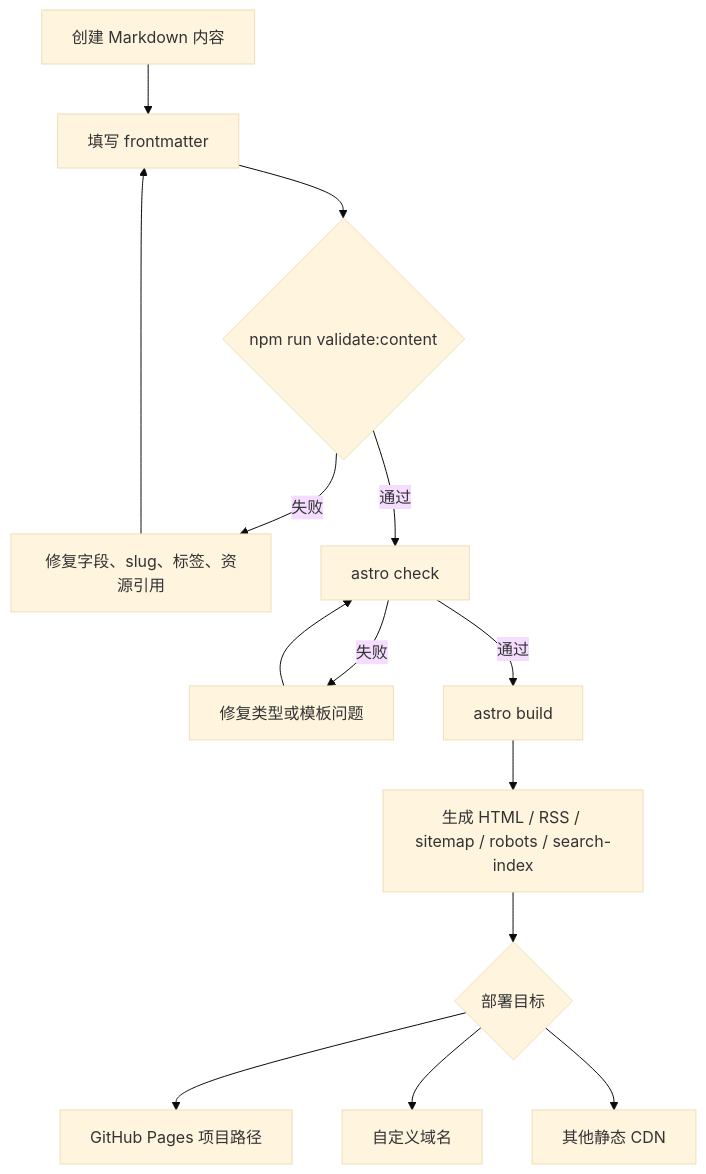
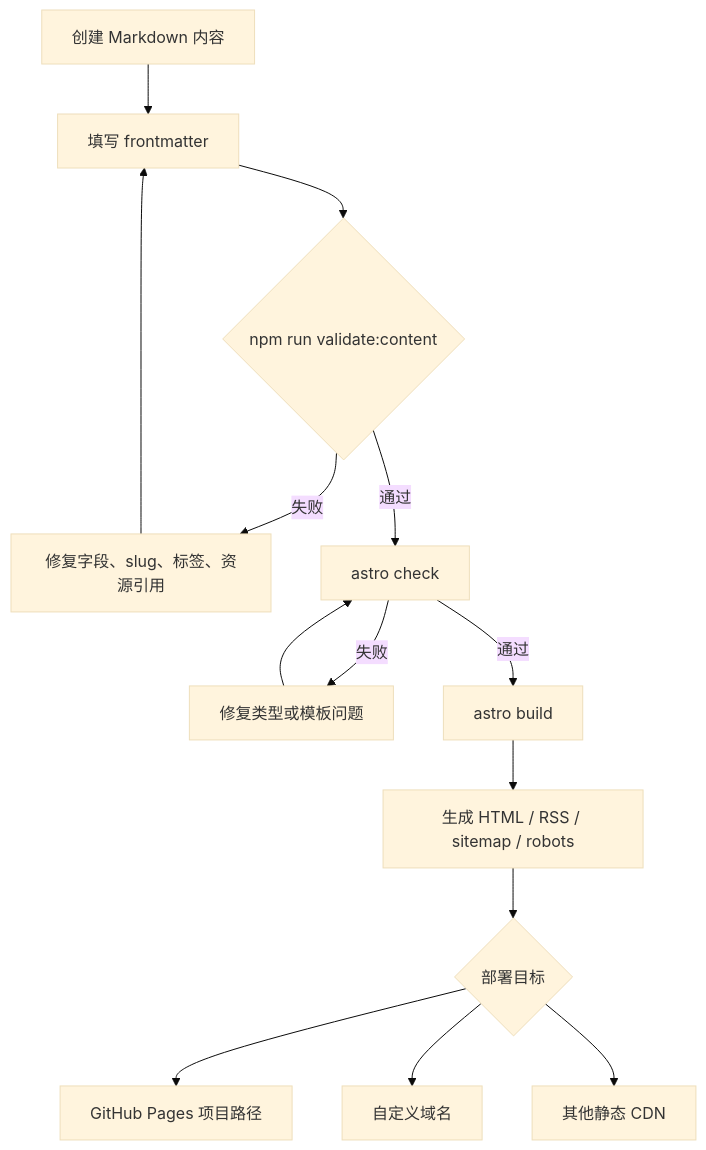
One commit to Chartreuse310/blog-ctz-v3 changed the second of 2 diagrams in PROJECT.md. Above: the diagram before and after it, drawn with Mermaid (base theme). The commit also changed other lines of this file and 29 other files, not shown here.

````diff
--- a/PROJECT.md
+++ b/PROJECT.md
@@ -170,16 +137,16 @@
 ```mermaid
 flowchart TD
   A[创建 Markdown 内容] --> B[填写 frontmatter]
   B --> C{npm run validate:content}
   C -- 失败 --> D[修复字段、slug、标签、资源引用]
   D --> B
   C -- 通过 --> E[astro check]
   E -- 失败 --> F[修复类型或模板问题]
   F --> E
   E -- 通过 --> G[astro build]
-  G --> H[生成 HTML / RSS / sitemap / robots / search-index]
+  G --> H[生成 HTML / RSS / sitemap / robots]
   H --> I{部署目标}
   I --> J[GitHub Pages 项目路径]
   I --> K[自定义域名]
   I --> M[其他静态 CDN]
 ```
````
